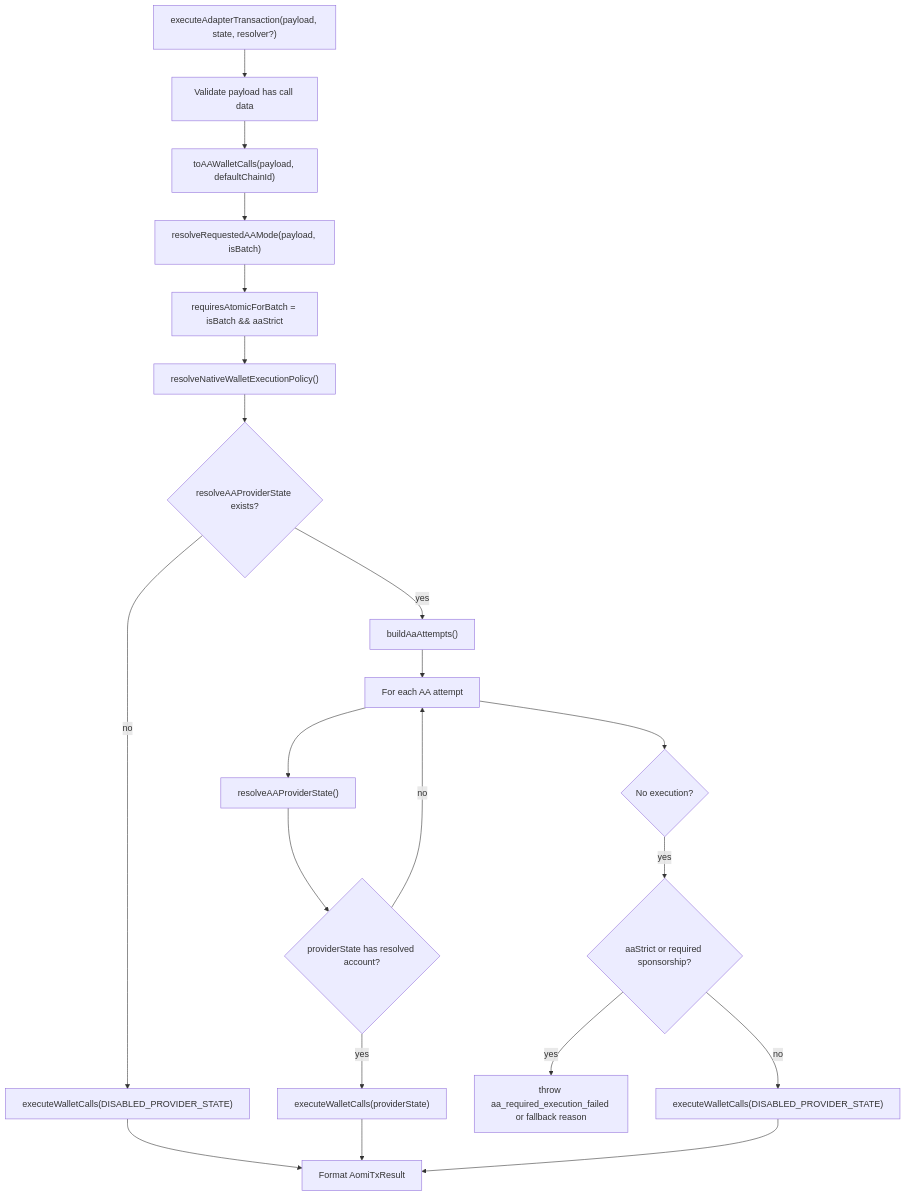
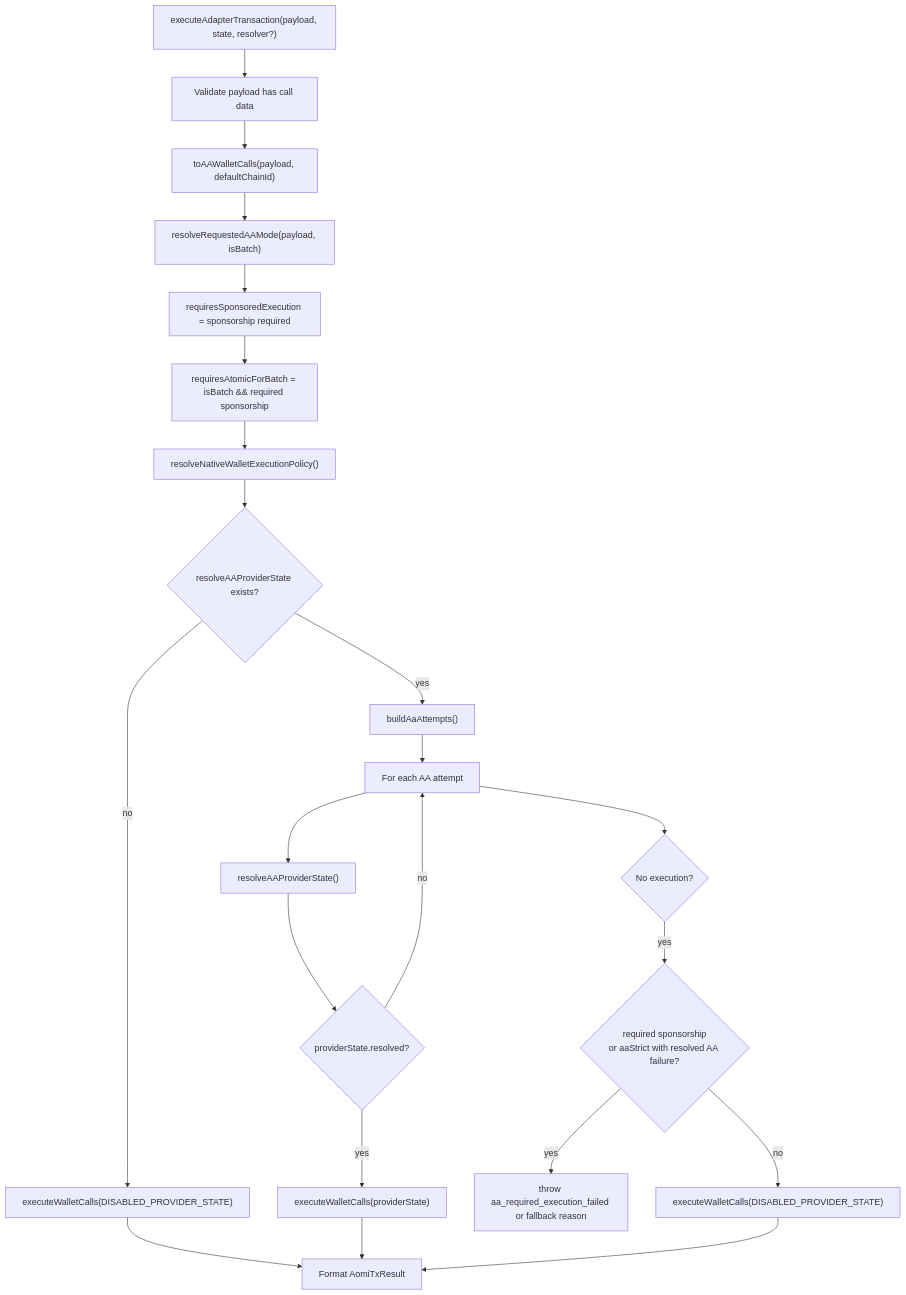
Before and after one commit to aomi-labs/aomi-widget: diagram 11 of 24 in specs/WALLET-ADAPTERS-ARCH.md, drawn with Mermaid. The commit also changed other lines of this file and 2 other files, not shown here.

Commit message:
Match main aaStrict fallback semantics

````diff
--- a/specs/WALLET-ADAPTERS-ARCH.md
+++ b/specs/WALLET-ADAPTERS-ARCH.md
@@ -669,31 +677,32 @@
 ```mermaid
 flowchart TD
   Start["executeAdapterTransaction(payload, state, resolver?)"]
   Validate["Validate payload has call data"]
   Calls["toAAWalletCalls(payload, defaultChainId)"]
   RequestMode["resolveRequestedAAMode(payload, isBatch)"]
-  Strict["requiresAtomicForBatch = isBatch && aaStrict"]
+  RequiredSponsor["requiresSponsoredExecution = sponsorship required"]
+  AtomicRequired["requiresAtomicForBatch = isBatch && required sponsorship"]
   NativePolicy["resolveNativeWalletExecutionPolicy()"]
   Resolver{"resolveAAProviderState exists?"}
   Attempts["buildAaAttempts()"]
   NoAttempts["executeWalletCalls(DISABLED_PROVIDER_STATE)"]
   AttemptLoop["For each AA attempt"]
   ResolveAA["resolveAAProviderState()"]
-  HasAA{"providerState has resolved account?"}
+  HasAA{"providerState.resolved?"}
   ExecuteAA["executeWalletCalls(providerState)"]
   Failed{"No execution?"}
-  StrictFail{"aaStrict or required sponsorship?"}
+  StrictFail{"required sponsorship<br/>or aaStrict with resolved AA failure?"}
   Throw["throw aa_required_execution_failed or fallback reason"]
   Fallback["executeWalletCalls(DISABLED_PROVIDER_STATE)"]
   Result["Format AomiTxResult"]
 
-  Start --> Validate --> Calls --> RequestMode --> Strict --> NativePolicy --> Resolver
+  Start --> Validate --> Calls --> RequestMode --> RequiredSponsor --> AtomicRequired --> NativePolicy --> Resolver
   Resolver -- no --> NoAttempts --> Result
   Resolver -- yes --> Attempts --> AttemptLoop --> ResolveAA --> HasAA
   HasAA -- no --> AttemptLoop
   HasAA -- yes --> ExecuteAA --> Result
   AttemptLoop --> Failed
   Failed -- yes --> StrictFail
   StrictFail -- yes --> Throw
   StrictFail -- no --> Fallback --> Result
 ```
````
